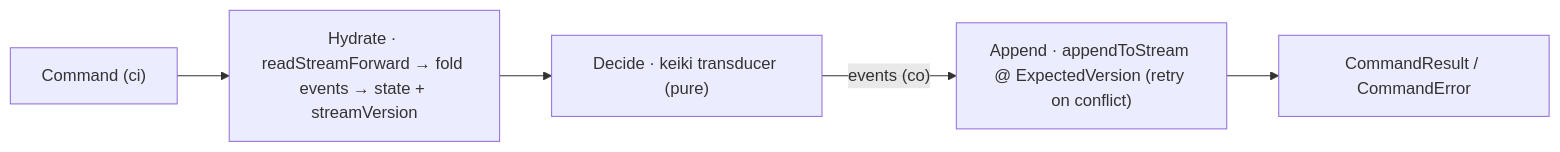
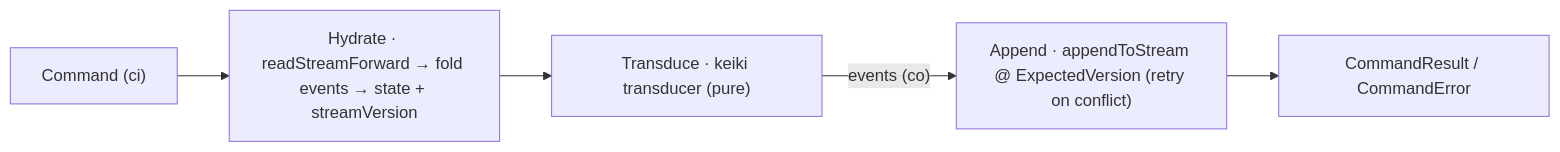
One commit to shinzui/keiro-runtime-docs changed the second of 2 diagrams in content/docs/keiro/explanation/the-keiro-stack.mdx. Above: the diagram before and after it, drawn with Mermaid. The commit also changed other lines of this file and 12 other files, not shown here.

First line of the commit message:
docs(keiro): rename command-cycle phase Decide → Transduce; add transducer primer

````diff
--- a/content/docs/keiro/explanation/the-keiro-stack.mdx
+++ b/content/docs/keiro/explanation/the-keiro-stack.mdx
@@ -80,7 +113,7 @@
 ```mermaid
 flowchart LR
   Cmd["Command (ci)"] --> Hydrate
-  Hydrate["Hydrate · readStreamForward → fold events → state + streamVersion"] --> Decide
-  Decide["Decide · keiki transducer (pure)"] -->|"events (co)"| Append
+  Hydrate["Hydrate · readStreamForward → fold events → state + streamVersion"] --> Transduce
+  Transduce["Transduce · keiki transducer (pure)"] -->|"events (co)"| Append
   Append["Append · appendToStream @ ExpectedVersion (retry on conflict)"] --> Result["CommandResult / CommandError"]
 ```
````
